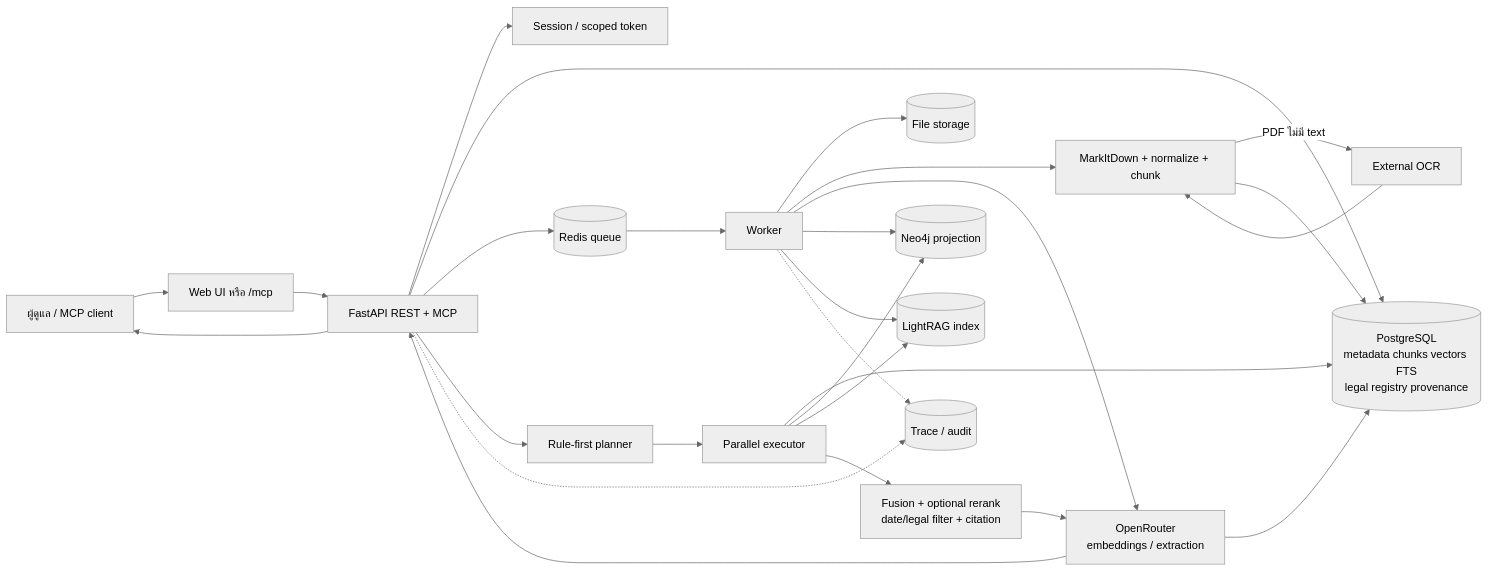
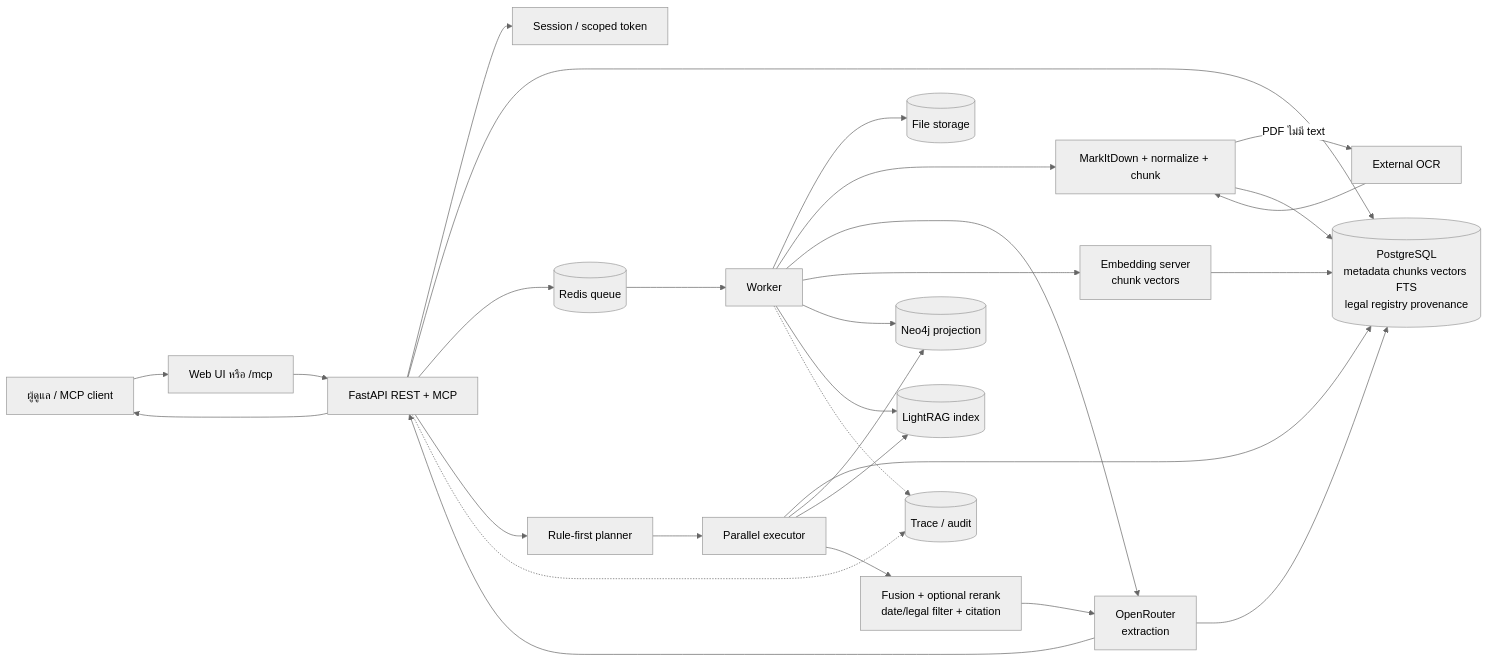
One commit to rujirapongsn2/Softnix_Knowledge_Intelligence changed the diagram in docs/DATA_FLOW.md. Above: the diagram before and after it, drawn with Mermaid (neutral theme). The commit also changed other lines of this file and 21 other files, not shown here.

First line of the commit message:
Serve embeddings from a configurable OpenAI-compatible server and default the LLM to Claude Sonnet 5.5 (api, web, deploy)

````diff
--- a/docs/DATA_FLOW.md
+++ b/docs/DATA_FLOW.md
@@ -5,29 +5,31 @@
 ```mermaid
 flowchart LR
   U[ผู้ดูแล / MCP client] --> Web[Web UI หรือ /mcp]
   Web --> API[FastAPI REST + MCP]
   API --> Auth[Session / scoped token]
   API --> PG[(PostgreSQL<br/>metadata chunks vectors FTS<br/>legal registry provenance)]
   API --> Q[(Redis queue)]
   Q --> W[Worker]
   W --> F[(File storage)]
   W --> E[MarkItDown + normalize + chunk]
   E -->|PDF ไม่มี text| OCR[External OCR]
   OCR --> E
   E --> PG
-  W --> LLM[OpenRouter<br/>embeddings / extraction]
+  W --> LLM[OpenRouter<br/>extraction]
   LLM --> PG
+  W --> EMB[Embedding server<br/>chunk vectors]
+  EMB --> PG
   W --> N[(Neo4j projection)]
   W --> R[(LightRAG index)]
   API --> P[Rule-first planner]
   P --> X[Parallel executor]
   X --> PG
   X --> N
   X --> R
   X --> FUSE[Fusion + optional rerank<br/>date/legal filter + citation]
   FUSE --> LLM
   LLM --> API
   API --> U
   API -.-> T[(Trace / audit)]
   W -.-> T
 ```
````
